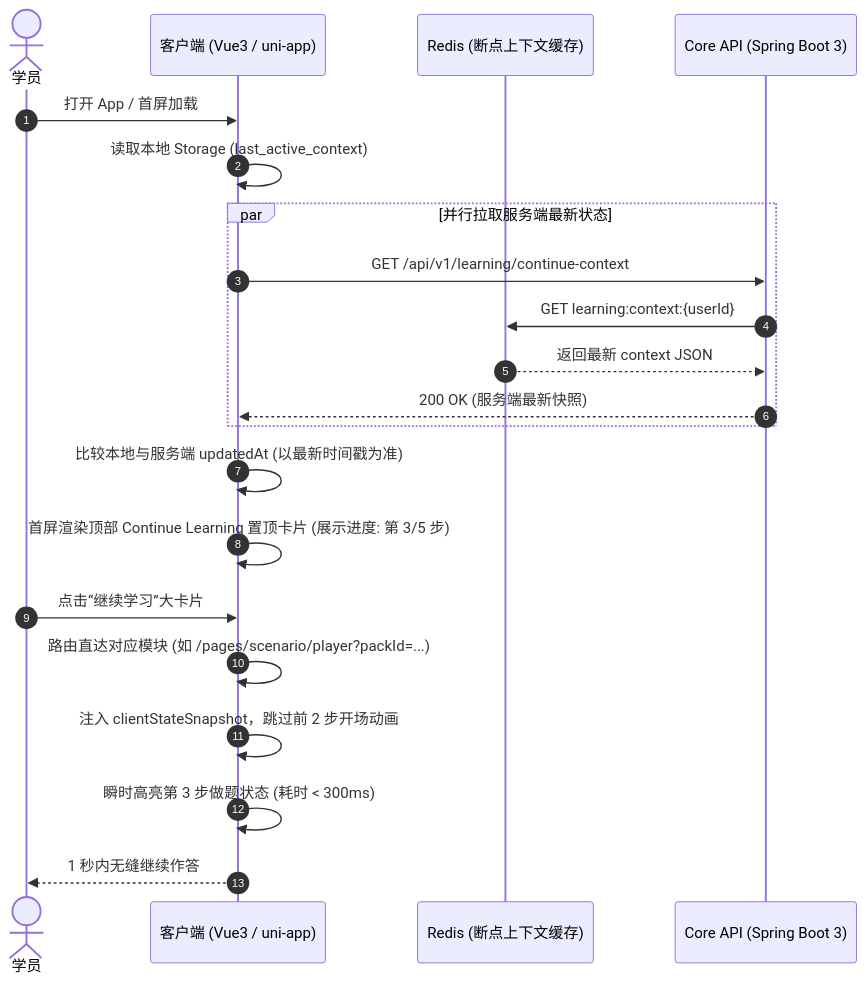
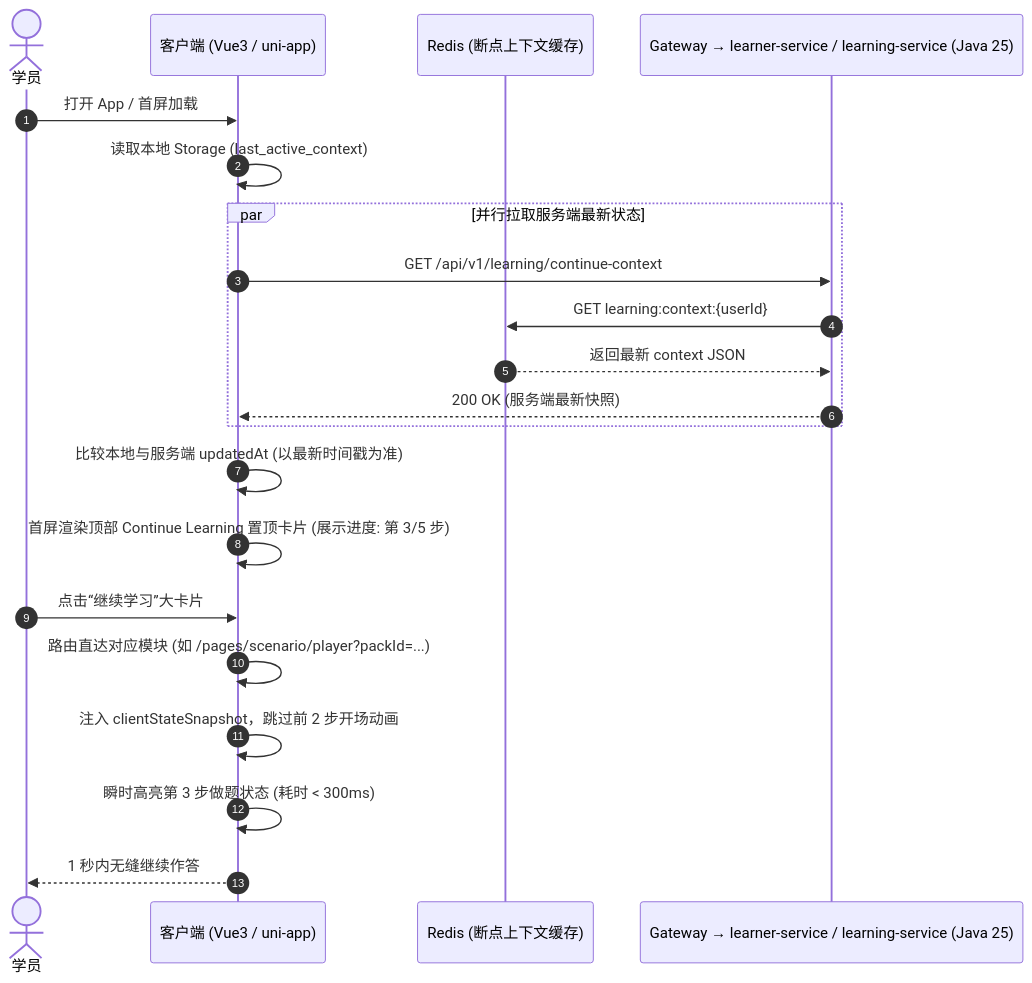
Before and after one commit to tianszpochika-cmd/cloudstudy: the second of 4 diagrams in docs/06-design/detailed-specs/01_Onboarding与自适应首屏详细设计.md, drawn with Mermaid. The commit also changed other lines of this file and 1900 other files, not shown here.

````diff
--- a/docs/06-design/detailed-specs/01_Onboarding与自适应首屏详细设计.md
+++ b/docs/06-design/detailed-specs/01_Onboarding与自适应首屏详细设计.md
@@ -529,25 +530,25 @@
 ```mermaid
 sequenceDiagram
     autonumber
     actor User as 学员
     participant App as 客户端 (Vue3 / uni-app)
     participant Redis as Redis (断点上下文缓存)
-    participant API as Core API (Spring Boot 3)
+    participant API as Gateway → learner-service / learning-service (Java 25)
 
     User->>App: 打开 App / 首屏加载
     App->>App: 读取本地 Storage (last_active_context)
     par 并行拉取服务端最新状态
         App->>API: GET /api/v1/learning/continue-context
         API->>Redis: GET learning:context:{userId}
         Redis-->>API: 返回最新 context JSON
         API-->>App: 200 OK (服务端最新快照)
     end
     App->>App: 比较本地与服务端 updatedAt (以最新时间戳为准)
     App->>App: 首屏渲染顶部 Continue Learning 置顶卡片 (展示进度: 第 3/5 步)
     
     User->>App: 点击“继续学习”大卡片
     App->>App: 路由直达对应模块 (如 /pages/scenario/player?packId=...)
     App->>App: 注入 clientStateSnapshot，跳过前 2 步开场动画
     App->>App: 瞬时高亮第 3 步做题状态 (耗时 < 300ms)
     App-->>User: 1 秒内无缝继续作答
 ```
````
